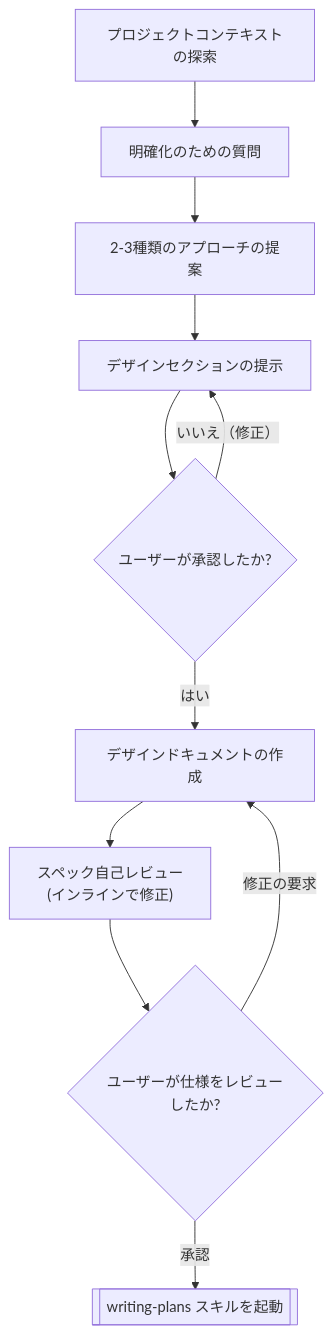
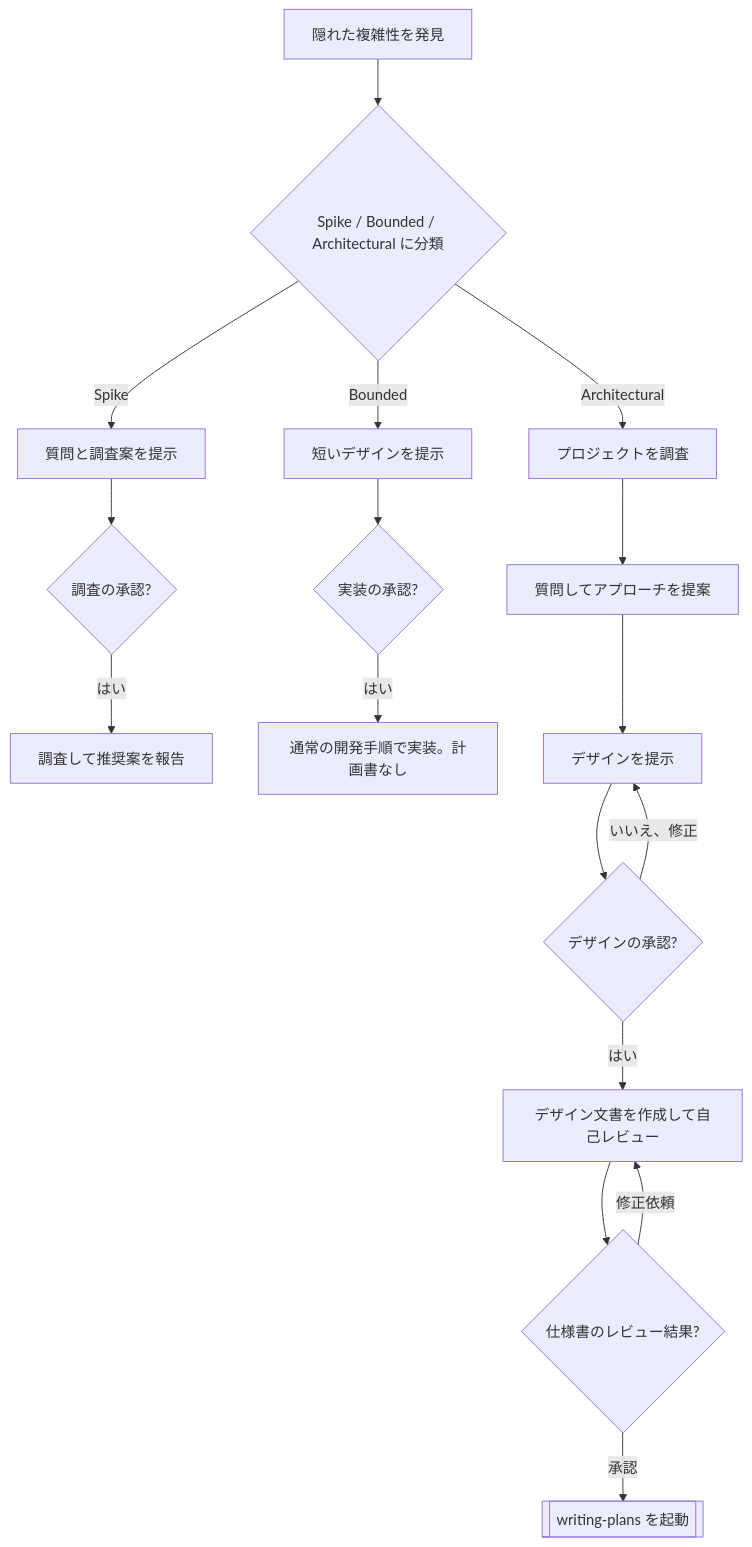
One commit to oki2a24/superpowerssuperpowers changed the diagram in skills/brainstorming/SKILL.md. Above: the diagram before and after it, drawn with Mermaid. The commit also changed other lines of this file and 29 other files, not shown here.

````diff
--- a/skills/brainstorming/SKILL.md
+++ b/skills/brainstorming/SKILL.md
@@ -74,13 +89,19 @@
 ```mermaid
 graph TD
-    A[プロジェクトコンテキストの探索] --> D[明確化のための質問]
-    D --> E[2-3種類のアプローチの提案]
-    E --> F[デザインセクションの提示]
-    F --> G{ユーザーが承認したか?}
-    G -- いいえ（修正） --> F
-    G -- はい --> H[デザインドキュメントの作成]
-    H --> I["スペック自己レビュー\n(インラインで修正)"]
-    I --> J{ユーザーが仕様をレビューしたか?}
-    J -- 修正の要求 --> H
-    J -- 承認 --> K[[writing-plans スキルを起動]]
+    A{Spike / Bounded / Architectural に分類} -->|Spike| B[質問と調査案を提示]
+    B --> C{調査の承認?}
+    C -->|はい| D[調査して推奨案を報告]
+    A -->|Bounded| E[短いデザインを提示]
+    E --> F{実装の承認?}
+    F -->|はい| G[通常の開発手順で実装。計画書なし]
+    A -->|Architectural| H[プロジェクトを調査]
+    H --> I[質問してアプローチを提案]
+    I --> J[デザインを提示]
+    J --> K{デザインの承認?}
+    K -->|いいえ、修正| J
+    K -->|はい| L[デザイン文書を作成して自己レビュー]
+    L --> M{仕様書のレビュー結果?}
+    M -->|修正依頼| L
+    M -->|承認| N[[writing-plans を起動]]
+    O[隠れた複雑性を発見] --> A
 ```
````
